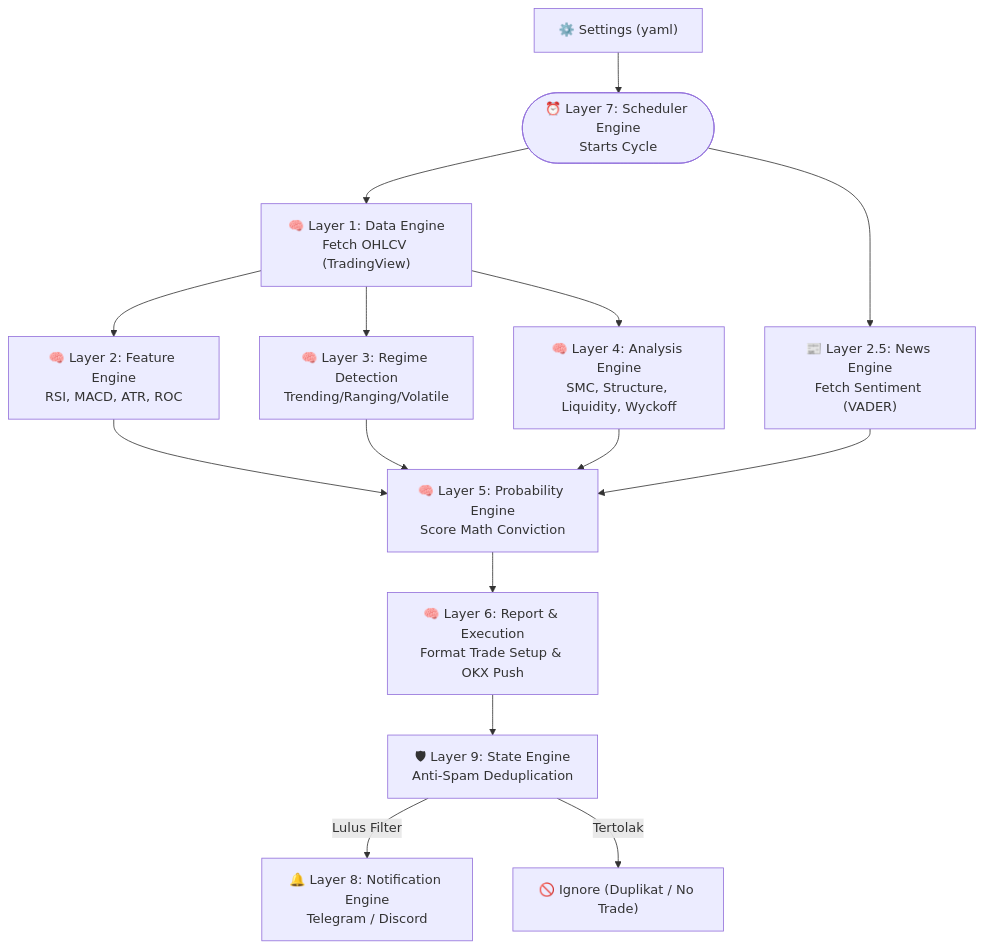
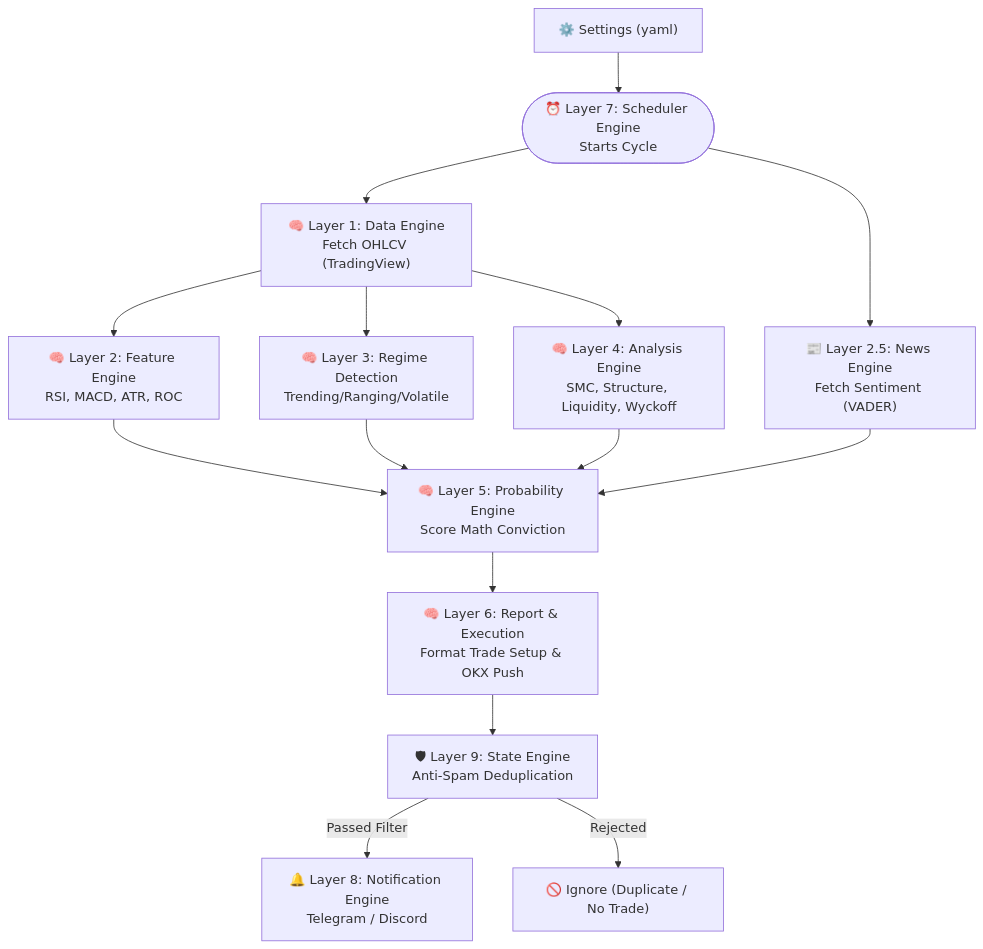
The third of 3 diagrams in README.md (bayuevm-wq/Auto-Analisis), drawn with Mermaid before and after one commit. The commit also changed other lines of this file and 1 other file, not shown here.

````diff
--- a/README.md
+++ b/README.md
@@ -688,23 +688,23 @@
 ```mermaid
 flowchart TD
     CONFIG["⚙️ Settings (yaml)"] --> SCHEDUL(["⏰ Layer 7: Scheduler Engine<br/>Starts Cycle"])
     
     SCHEDUL --> L1["🧠 Layer 1: Data Engine<br/>Fetch OHLCV (TradingView)"]
     SCHEDUL --> L25["📰 Layer 2.5: News Engine<br/>Fetch Sentiment (VADER)"]
     
     L1 --> L2["🧠 Layer 2: Feature Engine<br/>RSI, MACD, ATR, ROC"]
     L1 --> L3["🧠 Layer 3: Regime Detection<br/>Trending/Ranging/Volatile"]
     L1 --> L4["🧠 Layer 4: Analysis Engine<br/>SMC, Structure, Liquidity, Wyckoff"]
     
     L2 --> L5
     L3 --> L5
     L4 --> L5
     L25 --> L5["🧠 Layer 5: Probability Engine<br/>Score Math Conviction"]
     
     L5 --> L6["🧠 Layer 6: Report & Execution<br/>Format Trade Setup & OKX Push"]
     
     L6 --> L9["🛡 Layer 9: State Engine<br/>Anti-Spam Deduplication"]
     
-    L9 -- Lulus Filter --> L8["🔔 Layer 8: Notification Engine<br/>Telegram / Discord"]
-    L9 -- Tertolak --> REJ["🚫 Ignore (Duplikat / No Trade)"]
+    L9 -- Passed Filter --> L8["🔔 Layer 8: Notification Engine<br/>Telegram / Discord"]
+    L9 -- Rejected --> REJ["🚫 Ignore (Duplicate / No Trade)"]
 ```
````
